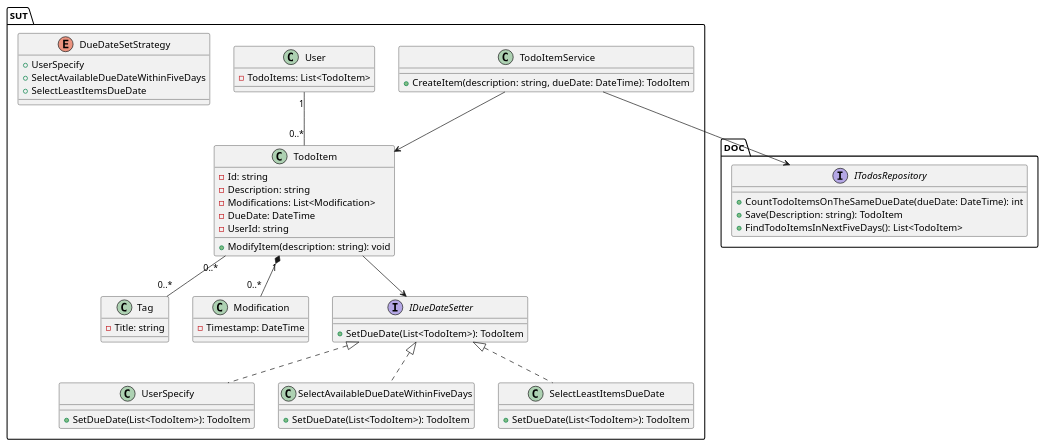
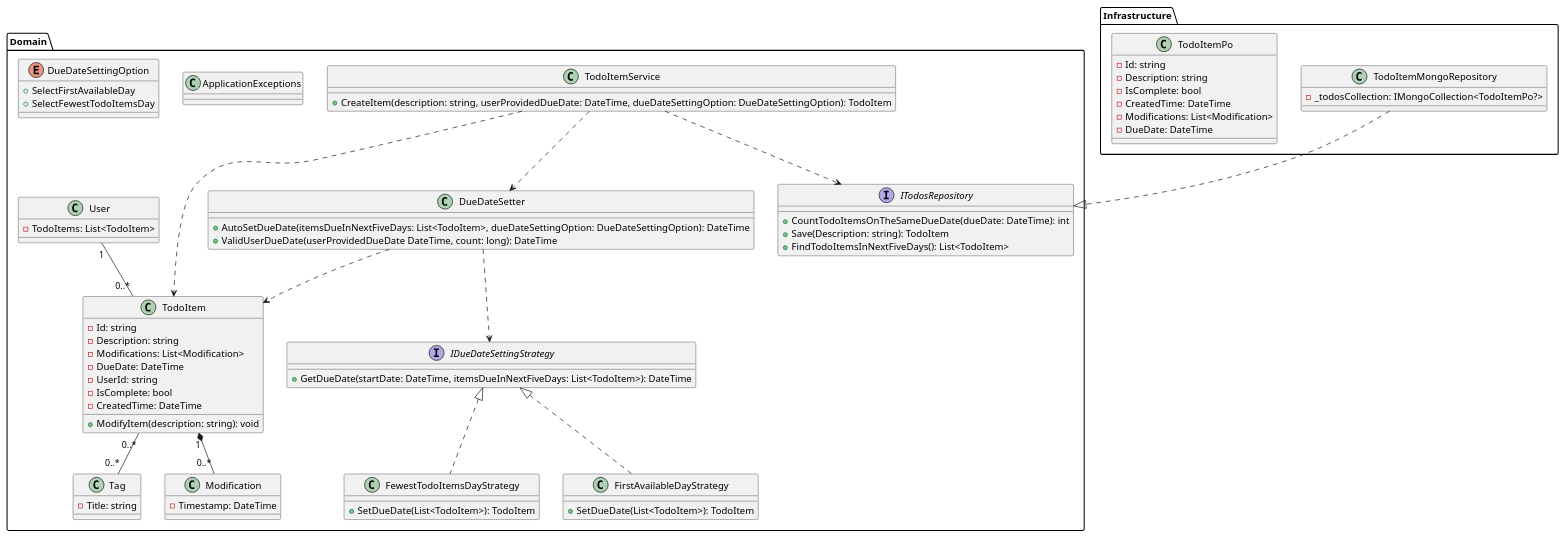
One commit to BGC-BootCamp-Team1/TodoItems changed the diagram in design/ClassDiagram.puml. Above: the diagram before and after it, drawn with PlantUML. The commit also changed 4 other files, not shown here.

Commit message:
feat: update sequence diagram and class diagram

```diff
--- a/design/ClassDiagram.puml
+++ b/design/ClassDiagram.puml
@@ -1,60 +1,85 @@
 @startuml
-package SUT{
+package Domain{
 class User{
     - TodoItems: List<TodoItem>
 }
 
 class TodoItem {
     - Id: string
     - Description: string
     - Modifications: List<Modification> 
     - DueDate: DateTime
     - UserId: string
+    - IsComplete: bool
+    - CreatedTime: DateTime
     + ModifyItem(description: string): void
 }
 
 class TodoItemService {
-    + CreateItem(description: string, dueDate: DateTime): TodoItem
+    + CreateItem(description: string, userProvidedDueDate: DateTime, dueDateSettingOption: DueDateSettingOption): TodoItem
 }
 class Tag{
     - Title: string
 }
 class Modification{
     - Timestamp: DateTime
 }
-interface IDueDateSetter{
-    + SetDueDate(List<TodoItem>): TodoItem
+class  ApplicationExceptions{}
+
+
+class DueDateSetter{
+    + AutoSetDueDate(itemsDueInNextFiveDays: List<TodoItem>, dueDateSettingOption: DueDateSettingOption): DateTime
+    + ValidUserDueDate(userProvidedDueDate DateTime, count: long): DateTime
+}
+
+interface IDueDateSettingStrategy{
+    + GetDueDate(startDate: DateTime, itemsDueInNextFiveDays: List<TodoItem>): DateTime
     }
-class UserSpecify{
+
+class FewestTodoItemsDayStrategy{
     + SetDueDate(List<TodoItem>): TodoItem
 }
-class SelectAvailableDueDateWithinFiveDays{
+class FirstAvailableDayStrategy{
     + SetDueDate(List<TodoItem>): TodoItem
 }
-class SelectLeastItemsDueDate{
-    + SetDueDate(List<TodoItem>): TodoItem
-}
-enum DueDateSetStrategy{
-    + UserSpecify
-    + SelectAvailableDueDateWithinFiveDays
-    + SelectLeastItemsDueDate
+
+enum DueDateSettingOption{
+    + SelectFirstAvailableDay
+    + SelectFewestTodoItemsDay
     }
-}
-package DOC{
+
+
 interface ITodosRepository{
     + CountTodoItemsOnTheSameDueDate(dueDate: DateTime): int
     + Save(Description: string): TodoItem
     + FindTodoItemsInNextFiveDays(): List<TodoItem>
     }
 }
+package Infrastructure{
+class TodoItemMongoRepository {
+    - _todosCollection: IMongoCollection<TodoItemPo?>
+}
+
+class TodoItemPo {
+    - Id: string
+    - Description: string
+    - IsComplete: bool
+    - CreatedTime: DateTime
+    - Modifications: List<Modification> 
+    - DueDate: DateTime
+}
+}
+
 
 User"1" -- "0..*" TodoItem
 TodoItem "1" *-- "0..*" Modification
 TodoItem "0..*" -- "0..*" Tag
-TodoItemService --> ITodosRepository
-TodoItemService --> TodoItem
-TodoItem --> IDueDateSetter
-IDueDateSetter <|.. UserSpecify
-IDueDateSetter <|.. SelectAvailableDueDateWithinFiveDays
-IDueDateSetter <|.. SelectLeastItemsDueDate
+TodoItemService ..> ITodosRepository
+TodoItemService ..> DueDateSetter
+TodoItemService ..> TodoItem
+DueDateSetter..> IDueDateSettingStrategy
+DueDateSetter..> TodoItem
+IDueDateSettingStrategy <|.. FewestTodoItemsDayStrategy
+IDueDateSettingStrategy <|.. FirstAvailableDayStrategy
+TodoItemMongoRepository ..|> ITodosRepository
 @enduml
```
